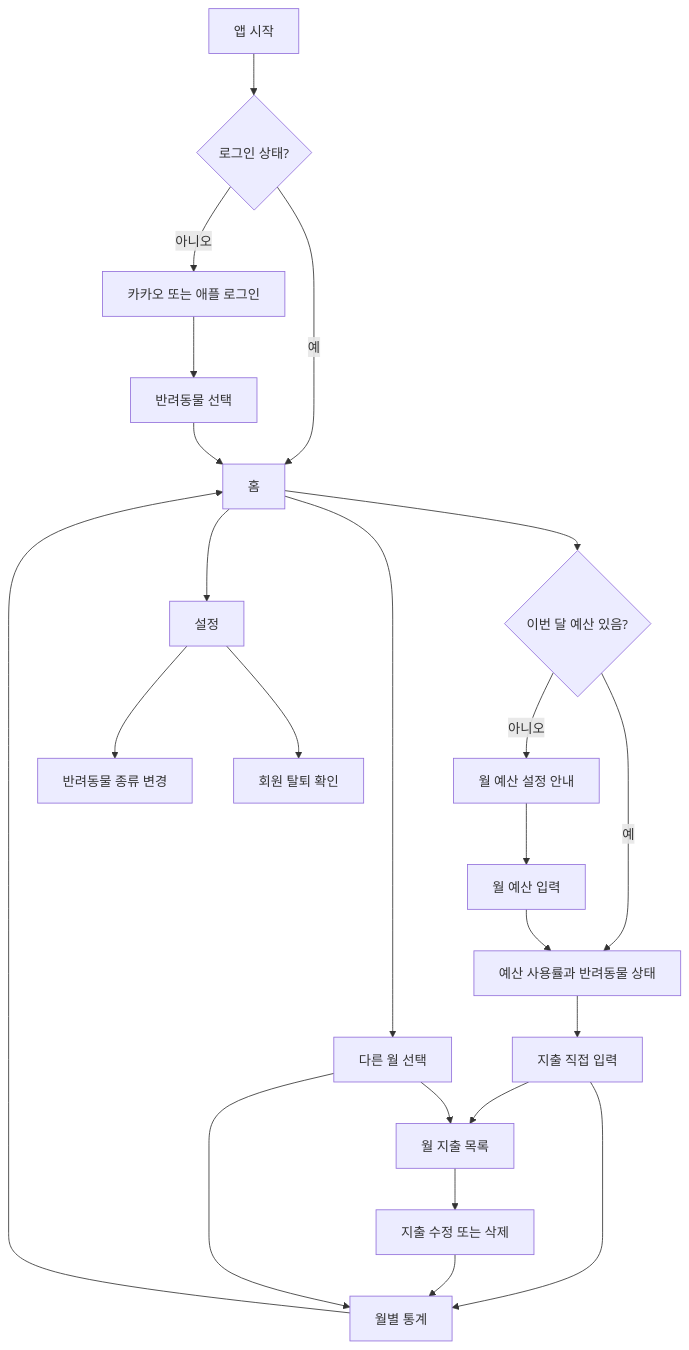
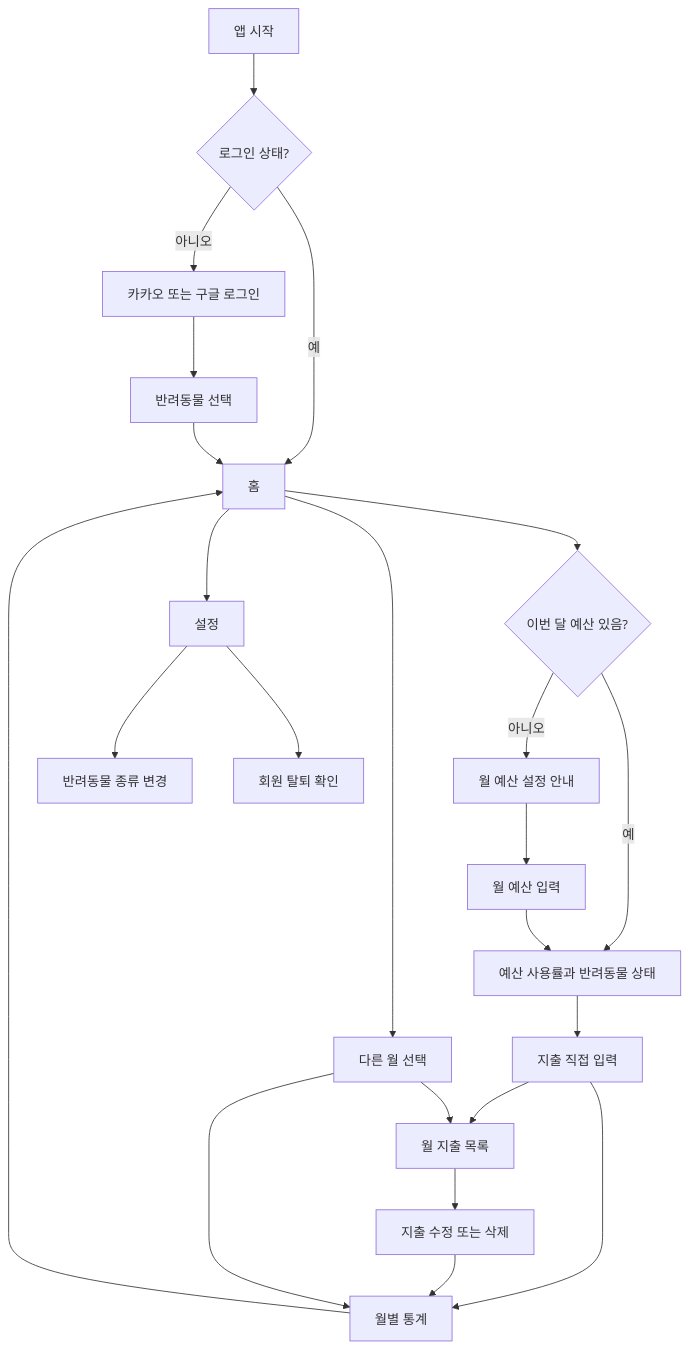
Before and after one commit to Altair5869/petgyebu_backend_renewal: the diagram in docs/03-user-flow.md, drawn with Mermaid. The commit also changed other lines of this file and 8 other files, not shown here.

First line of the commit message:
docs: share MVP ERD and use Kakao/Google login (#3)

````diff
--- a/docs/03-user-flow.md
+++ b/docs/03-user-flow.md
@@ -8,25 +8,25 @@
 ```mermaid
 flowchart TD
   A[앱 시작] --> B{로그인 상태?}
-  B -- 아니오 --> C[카카오 또는 애플 로그인]
+  B -- 아니오 --> C[카카오 또는 구글 로그인]
   C --> D[반려동물 선택]
   B -- 예 --> E[홈]
   D --> E
   E --> F{이번 달 예산 있음?}
   F -- 아니오 --> G[월 예산 설정 안내]
   G --> H[월 예산 입력]
   F -- 예 --> I[예산 사용률과 반려동물 상태]
   H --> I
   I --> J[지출 직접 입력]
   J --> K[월 지출 목록]
   K --> L[지출 수정 또는 삭제]
   J --> M[월별 통계]
   L --> M
   M --> E
   E --> N[다른 월 선택]
   N --> K
   N --> M
   E --> O[설정]
   O --> P[반려동물 종류 변경]
   O --> Q[회원 탈퇴 확인]
 ```
````
